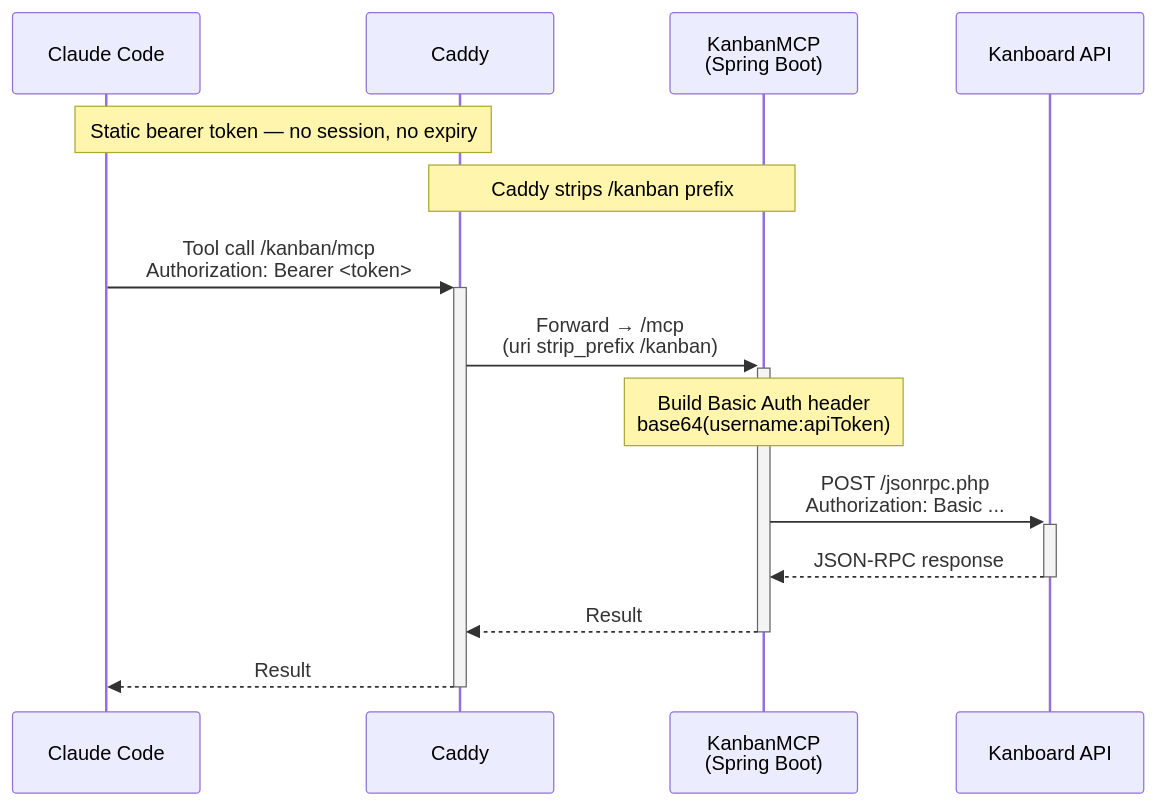
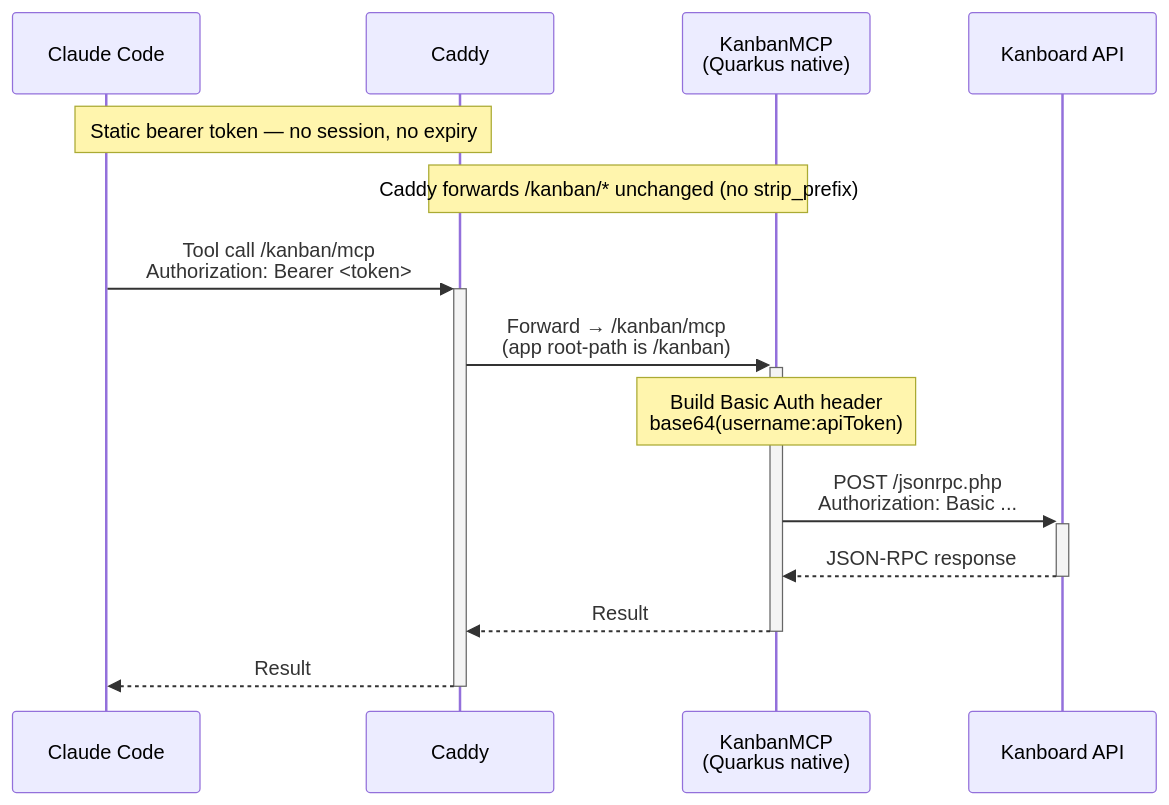
The diagram in README.md (marcushowarth/KanbanMCP), drawn with Mermaid before and after one commit. The commit also changed other lines of this file and 26 other files, not shown here.

First line of the commit message:
refactor!: rewrite Spring Boot → Quarkus-native (#912)

````diff
--- a/README.md
+++ b/README.md
@@ -155,18 +162,18 @@
 ```mermaid
 sequenceDiagram
     participant CC as Claude Code
     participant C as Caddy
-    participant MCP as KanbanMCP<br/>(Spring Boot)
+    participant MCP as KanbanMCP<br/>(Quarkus native)
     participant KB as Kanboard API
 
     Note over CC,C: Static bearer token — no session, no expiry
-    Note over C,MCP: Caddy strips /kanban prefix
+    Note over C,MCP: Caddy forwards /kanban/* unchanged (no strip_prefix)
 
     CC->>+C: Tool call /kanban/mcp<br/>Authorization: Bearer <token>
-    C->>+MCP: Forward → /mcp<br/>(uri strip_prefix /kanban)
+    C->>+MCP: Forward → /kanban/mcp<br/>(app root-path is /kanban)
     Note over MCP: Build Basic Auth header<br/>base64(username:apiToken)
     MCP->>+KB: POST /jsonrpc.php<br/>Authorization: Basic ...
     KB-->>-MCP: JSON-RPC response
     MCP-->>-C: Result
     C-->>-CC: Result
 ```
````
